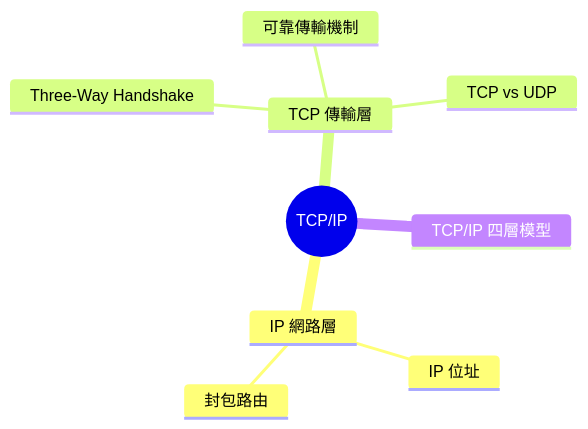
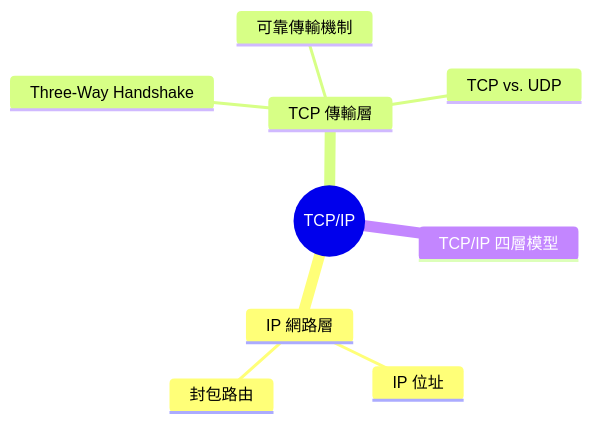
Before and after one commit to Charmying/blog: the first of 5 diagrams in src/posts/zh-TW/network-tcp-ip.mdx, drawn with Mermaid. The commit also changed other lines of this file and 41 other files, not shown here.

````diff
--- a/src/posts/zh-TW/network-tcp-ip.mdx
+++ b/src/posts/zh-TW/network-tcp-ip.mdx
@@ -17,12 +17,12 @@
 ```mermaid
 mindmap
     root((TCP/IP))
         IP 網路層
             IP 位址
             封包路由
         TCP 傳輸層
             Three-Way Handshake
             可靠傳輸機制
-            TCP vs UDP
+            TCP vs. UDP
         TCP/IP 四層模型
 ```
````
